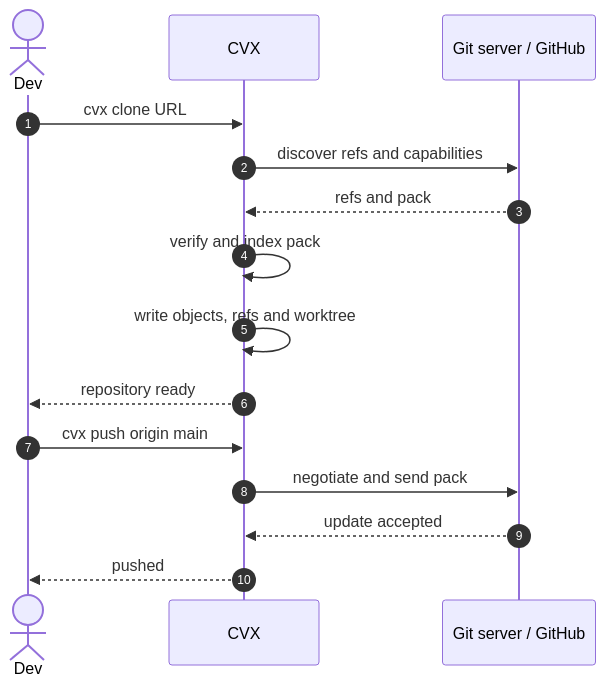
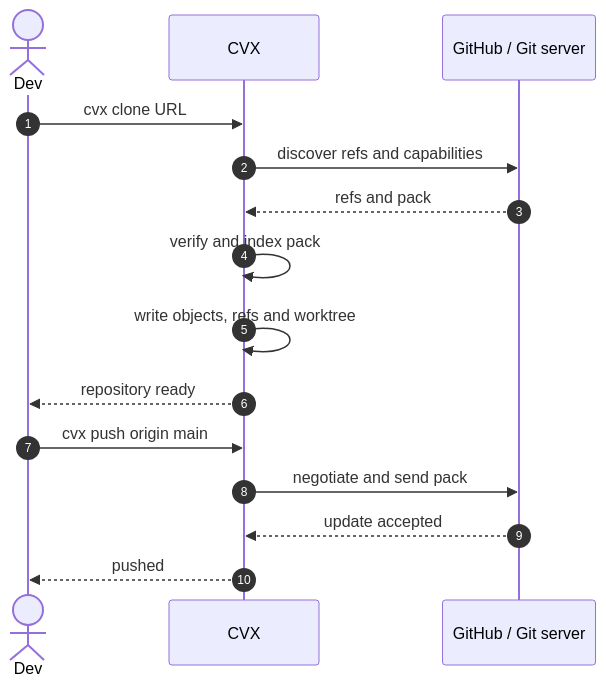
Before and after one commit to marcosgabrielgomes110-collab/cvx: the eighth of 8 diagrams in docs/workflows.md, drawn with Mermaid. The commit also changed other lines of this file and 25 other files, not shown here.

````diff
--- a/docs/workflows.md
+++ b/docs/workflows.md
@@ -162,19 +163,19 @@
 ```mermaid
 sequenceDiagram
     autonumber
     actor Dev
     participant CVX
-    participant Remote as Git server / GitHub
+    participant Remote as GitHub / Git server
 
     Dev->>CVX: cvx clone URL
     CVX->>Remote: discover refs and capabilities
     Remote-->>CVX: refs and pack
     CVX->>CVX: verify and index pack
     CVX->>CVX: write objects, refs and worktree
     CVX-->>Dev: repository ready
 
     Dev->>CVX: cvx push origin main
     CVX->>Remote: negotiate and send pack
     Remote-->>CVX: update accepted
     CVX-->>Dev: pushed
 ```
````
